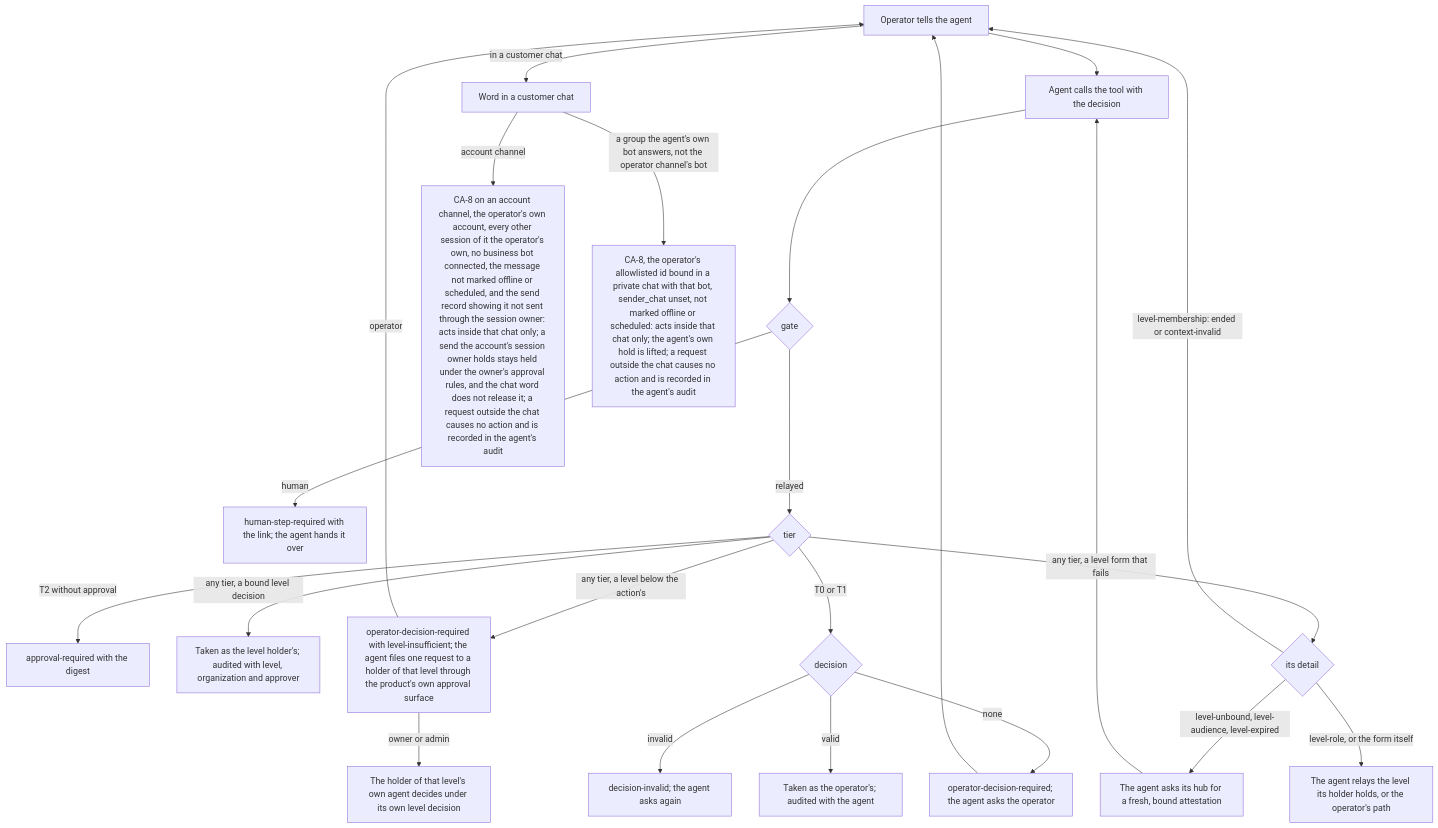
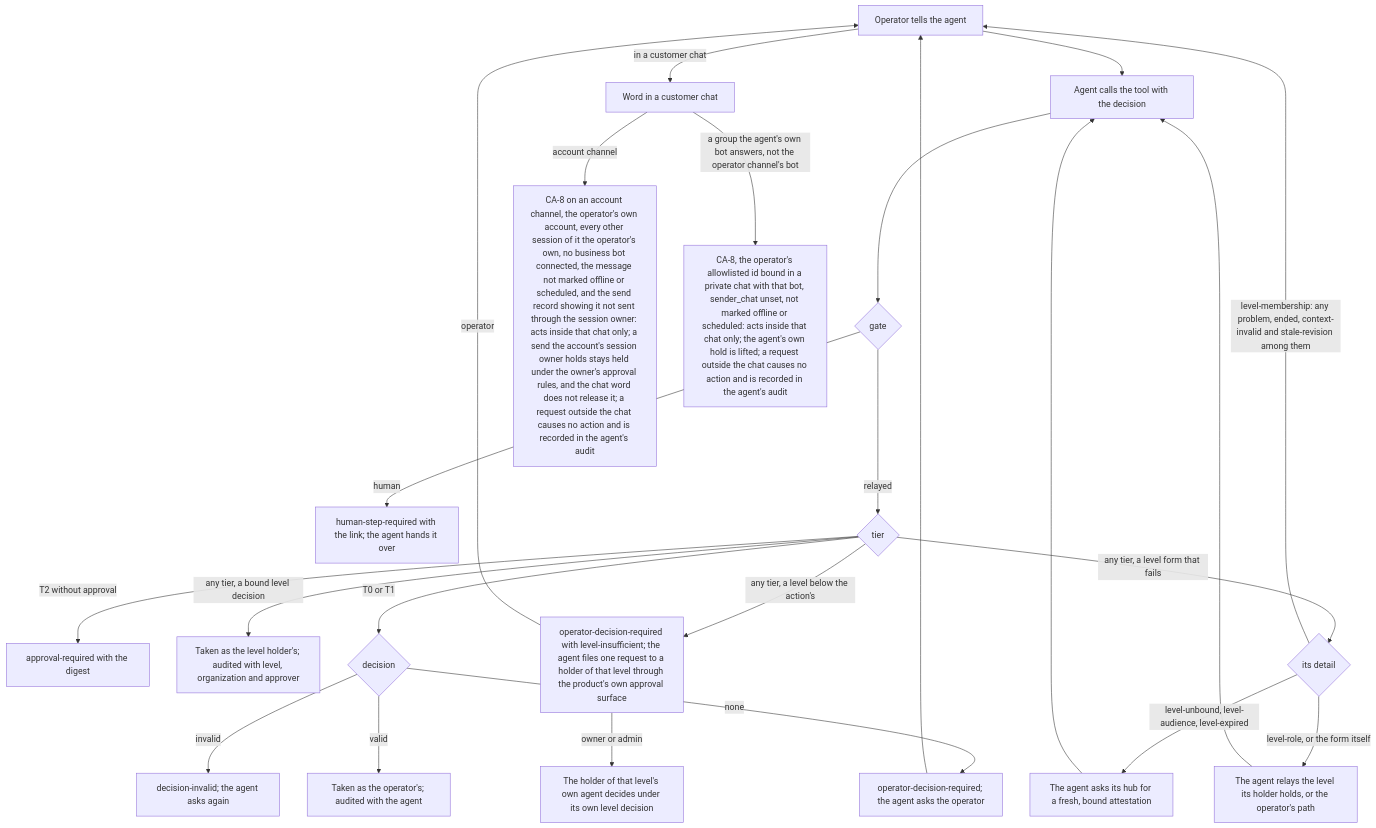
Before and after one commit to passioncode-ai/fabric-agent-contract: diagram 29 of 34 in docs/ux/flows.md, drawn with Mermaid. The commit also changed 17 other files, not shown here.

````diff
--- a/docs/ux/flows.md
+++ b/docs/ux/flows.md
@@ -752,25 +752,26 @@
 ```mermaid
 flowchart TD
   O[Operator tells the agent] --> C[Agent calls the tool with the decision]
   C --> G{gate}
   G -->|human| H[human-step-required with the link; the agent hands it over]
   G -->|relayed| T{tier}
   T -->|T2 without approval| A[approval-required with the digest]
   T -->|any tier, a bound level decision| L[Taken as the level holder's; audited with level, organization and approver]
   T -->|any tier, a level below the action's| N[operator-decision-required with level-insufficient; the agent files one request to a holder of that level through the product's own approval surface]
   T -->|any tier, a level form that fails| V{its detail}
   V -->|level-unbound, level-audience, level-expired| VF[The agent asks its hub for a fresh, bound attestation]
-  V -->|level-membership: ended or context-invalid| O
+  V -->|level-membership: any problem, ended, context-invalid and stale-revision among them| O
   VF --> C
   V -->|level-role, or the form itself| VC[The agent relays the level its holder holds, or the operator's path]
+  VC --> C
   N -->|owner or admin| HL[The holder of that level's own agent decides under its own level decision]
   N -->|operator| O
   T -->|T0 or T1| D{decision}
   D -->|none| Q[operator-decision-required; the agent asks the operator]
   Q --> O
   D -->|invalid| I[decision-invalid; the agent asks again]
   D -->|valid| R[Taken as the operator's; audited with the agent]
   O -->|in a customer chat| W[Word in a customer chat]
   W -->|account channel| K[CA-8 on an account channel, the operator's own account, every other session of it the operator's own, no business bot connected, the message not marked offline or scheduled, and the send record showing it not sent through the session owner: acts inside that chat only; a send the account's session owner holds stays held under the owner's approval rules, and the chat word does not release it; a request outside the chat causes no action and is recorded in the agent's audit]
   W -->|a group the agent's own bot answers, not the operator channel's bot| B[CA-8, the operator's allowlisted id bound in a private chat with that bot, sender_chat unset, not marked offline or scheduled: acts inside that chat only; the agent's own hold is lifted; a request outside the chat causes no action and is recorded in the agent's audit]
 ```
````
